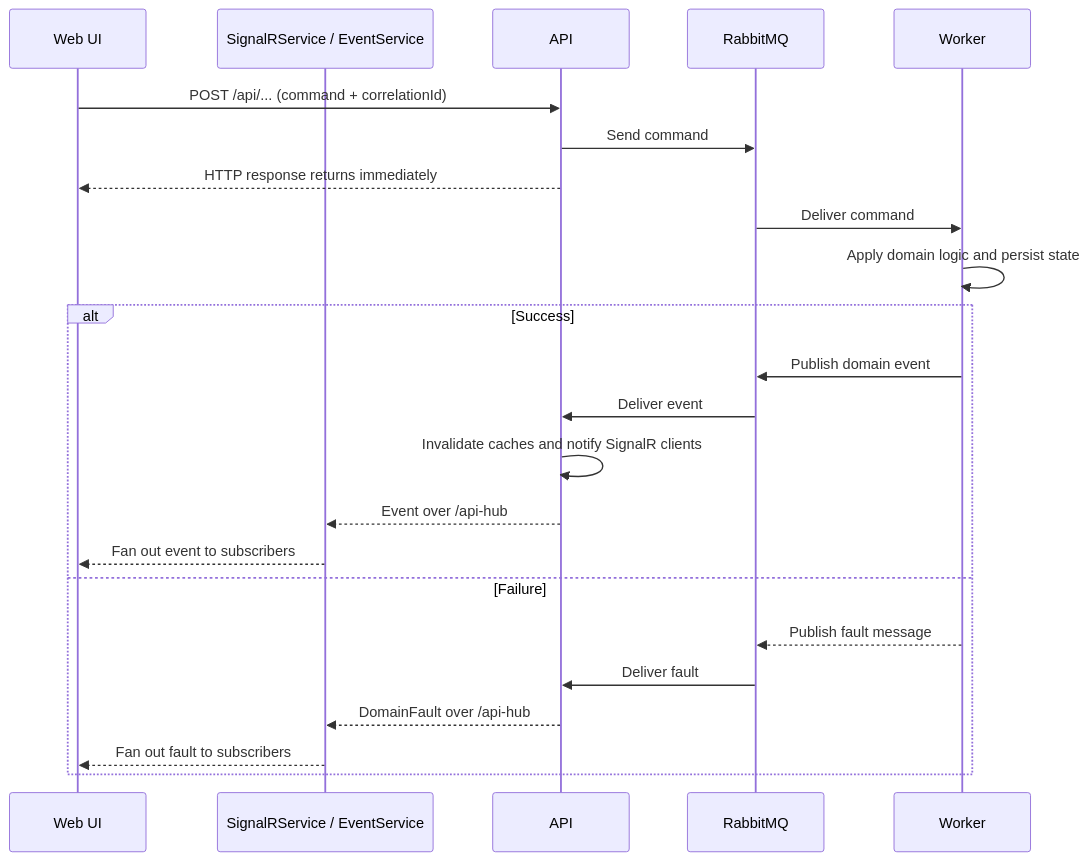
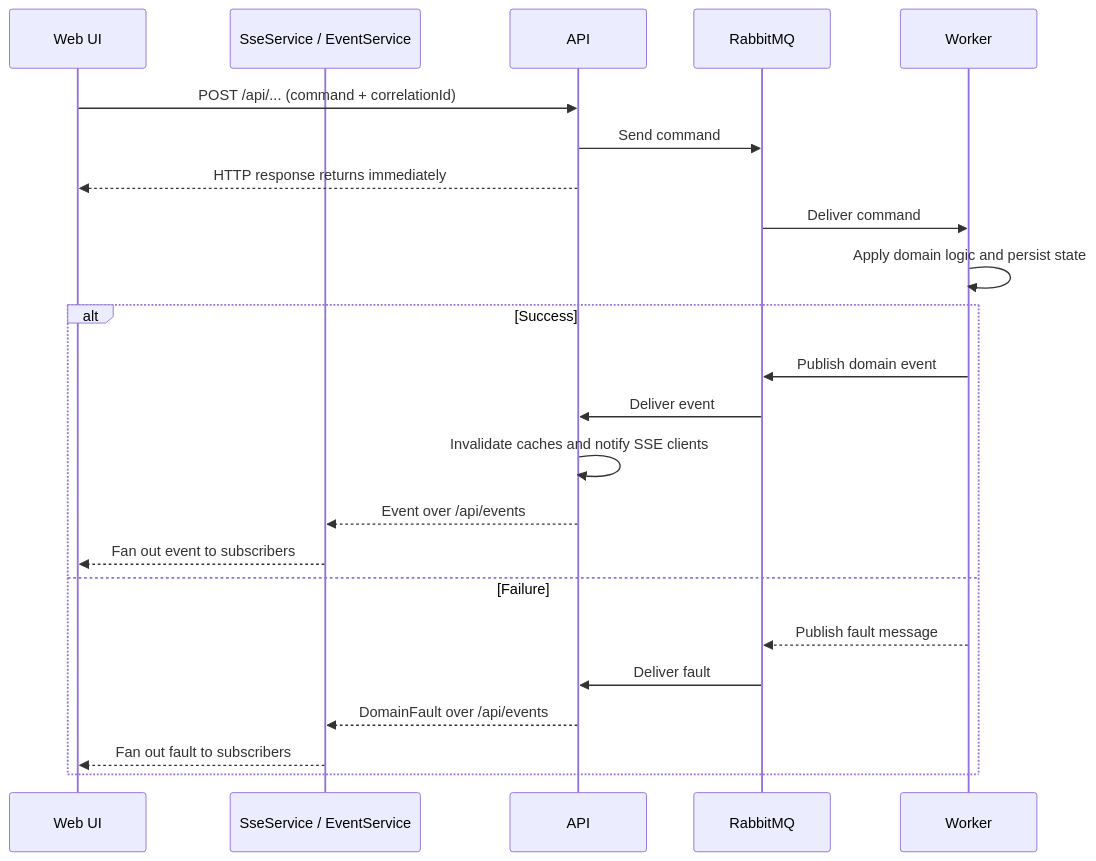
One commit to ftechmax/msa-templates changed the diagram in docs/web.md. Above: the diagram before and after it, drawn with Mermaid. The commit also changed other lines of this file and 17 other files, not shown here.

````diff
--- a/docs/web.md
+++ b/docs/web.md
@@ -87,27 +87,27 @@
 ```mermaid
 sequenceDiagram
     participant UI as Web UI
-    participant ES as SignalRService / EventService
+    participant ES as SseService / EventService
     participant API as API
     participant MQ as RabbitMQ
     participant Worker as Worker
 
     UI->>API: POST /api/... (command + correlationId)
     API->>MQ: Send command
     API-->>UI: HTTP response returns immediately
     MQ->>Worker: Deliver command
     Worker->>Worker: Apply domain logic and persist state
 
     alt Success
         Worker->>MQ: Publish domain event
         MQ->>API: Deliver event
-        API->>API: Invalidate caches and notify SignalR clients
-        API-->>ES: Event over /api-hub
+        API->>API: Invalidate caches and notify SSE clients
+        API-->>ES: Event over /api/events
         ES-->>UI: Fan out event to subscribers
     else Failure
         Worker-->>MQ: Publish fault message
         MQ->>API: Deliver fault
-        API-->>ES: DomainFault over /api-hub
+        API-->>ES: DomainFault over /api/events
         ES-->>UI: Fan out fault to subscribers
     end
 ```
````
